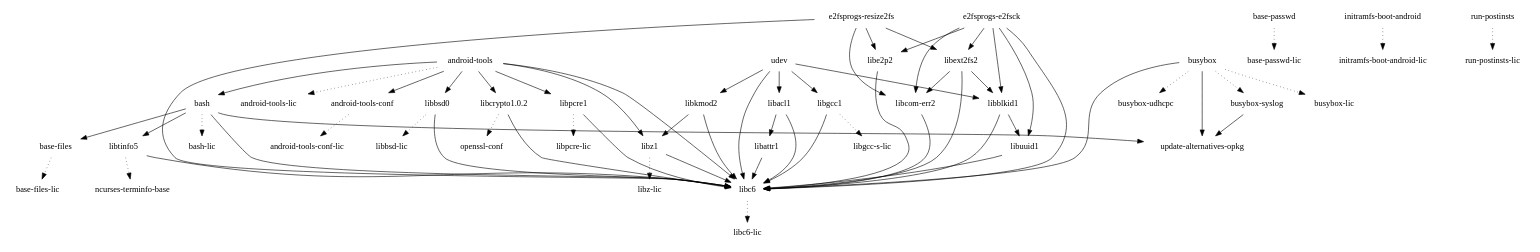
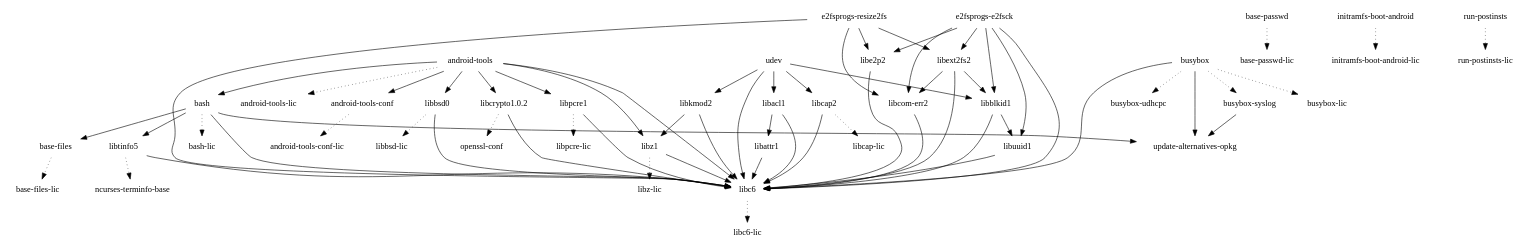
The diagram in images/hammerhead/glibc/initramfs-android-image/depends.dot (webOS-ports/buildhistory), drawn with Graphviz before and after one commit. The commit also changed 11768 other files, not shown here.

```diff
--- a/images/hammerhead/glibc/initramfs-android-image/depends.dot
+++ b/images/hammerhead/glibc/initramfs-android-image/depends.dot
@@ -1,68 +1,68 @@
 digraph depends {
     node [shape=plaintext]
 "android-tools" -> "android-tools-conf"
 "android-tools" -> "android-tools-lic" [style=dotted]
 "android-tools" -> "bash"
 "android-tools-conf" -> "android-tools-conf-lic" [style=dotted]
 "android-tools" -> "libbsd0"
 "android-tools" -> "libc6"
 "android-tools" -> "libcrypto1.0.2"
 "android-tools" -> "libpcre1"
 "android-tools" -> "libz1"
 "base-files" -> "base-files-lic" [style=dotted]
 "base-passwd" -> "base-passwd-lic" [style=dotted]
 "bash" -> "base-files"
 "bash" -> "bash-lic" [style=dotted]
 "bash" -> "libc6"
 "bash" -> "libtinfo5"
 "bash" -> "update-alternatives-opkg"
 "busybox" -> "busybox-lic" [style=dotted]
 "busybox" -> "busybox-syslog" [style=dotted]
 "busybox" -> "busybox-udhcpc" [style=dotted]
 "busybox" -> "libc6"
 "busybox-syslog" -> "update-alternatives-opkg"
 "busybox" -> "update-alternatives-opkg"
 "e2fsprogs-e2fsck" -> "libblkid1"
 "e2fsprogs-e2fsck" -> "libc6"
 "e2fsprogs-e2fsck" -> "libcom-err2"
 "e2fsprogs-e2fsck" -> "libe2p2"
 "e2fsprogs-e2fsck" -> "libext2fs2"
 "e2fsprogs-e2fsck" -> "libuuid1"
 "e2fsprogs-resize2fs" -> "libc6"
 "e2fsprogs-resize2fs" -> "libcom-err2"
 "e2fsprogs-resize2fs" -> "libe2p2"
 "e2fsprogs-resize2fs" -> "libext2fs2"
 "initramfs-boot-android" -> "initramfs-boot-android-lic" [style=dotted]
 "libacl1" -> "libattr1"
 "libacl1" -> "libc6"
 "libattr1" -> "libc6"
 "libblkid1" -> "libc6"
 "libblkid1" -> "libuuid1"
 "libbsd0" -> "libbsd-lic" [style=dotted]
 "libbsd0" -> "libc6"
 "libc6" -> "libc6-lic" [style=dotted]
+"libcap2" -> "libc6"
+"libcap2" -> "libcap-lic" [style=dotted]
 "libcom-err2" -> "libc6"
 "libcrypto1.0.2" -> "libc6"
 "libcrypto1.0.2" -> "openssl-conf" [style=dotted]
 "libe2p2" -> "libc6"
 "libext2fs2" -> "libblkid1"
 "libext2fs2" -> "libc6"
 "libext2fs2" -> "libcom-err2"
-"libgcc1" -> "libc6"
-"libgcc1" -> "libgcc-s-lic" [style=dotted]
 "libkmod2" -> "libc6"
 "libkmod2" -> "libz1"
 "libpcre1" -> "libc6"
 "libpcre1" -> "libpcre-lic" [style=dotted]
 "libtinfo5" -> "libc6"
 "libtinfo5" -> "ncurses-terminfo-base" [style=dotted]
 "libuuid1" -> "libc6"
 "libz1" -> "libc6"
 "libz1" -> "libz-lic" [style=dotted]
 "run-postinsts" -> "run-postinsts-lic" [style=dotted]
 "udev" -> "libacl1"
 "udev" -> "libblkid1"
 "udev" -> "libc6"
-"udev" -> "libgcc1"
+"udev" -> "libcap2"
 "udev" -> "libkmod2"
 }
```
